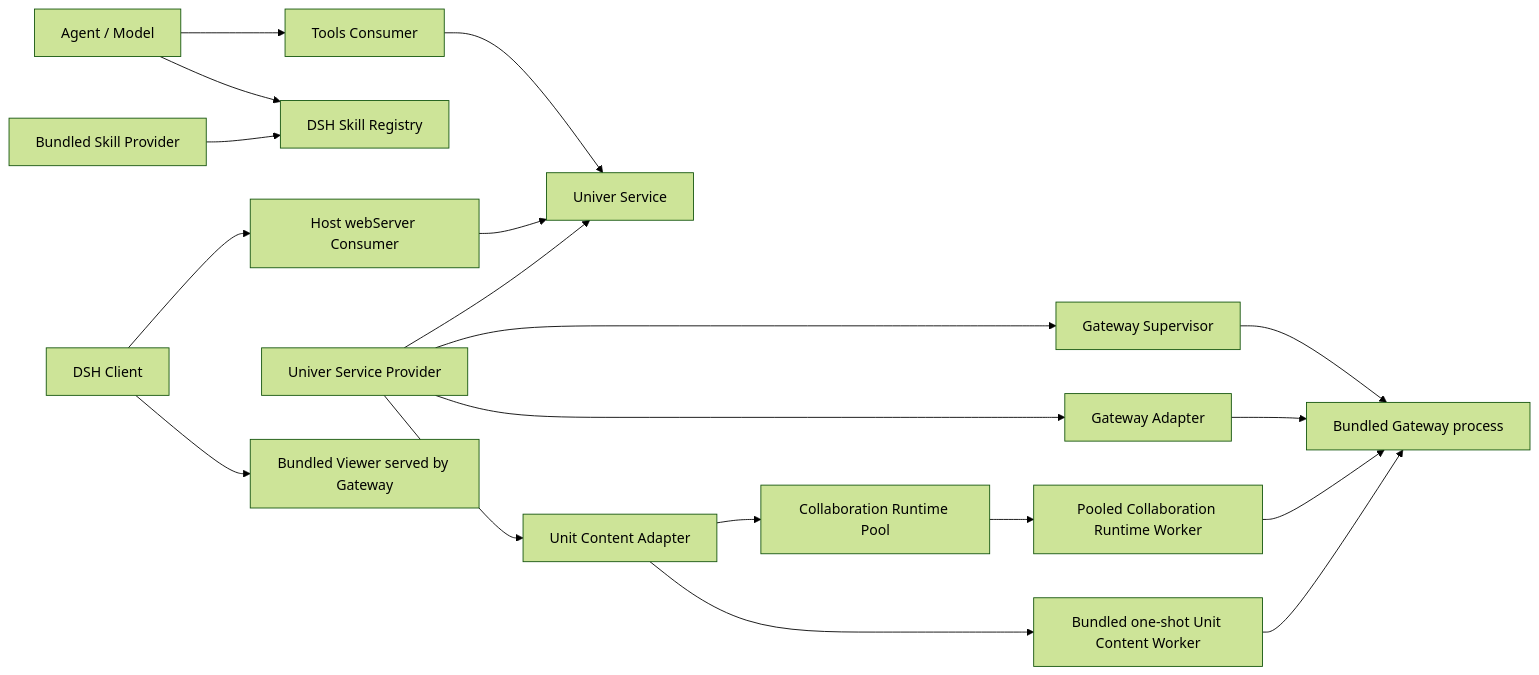
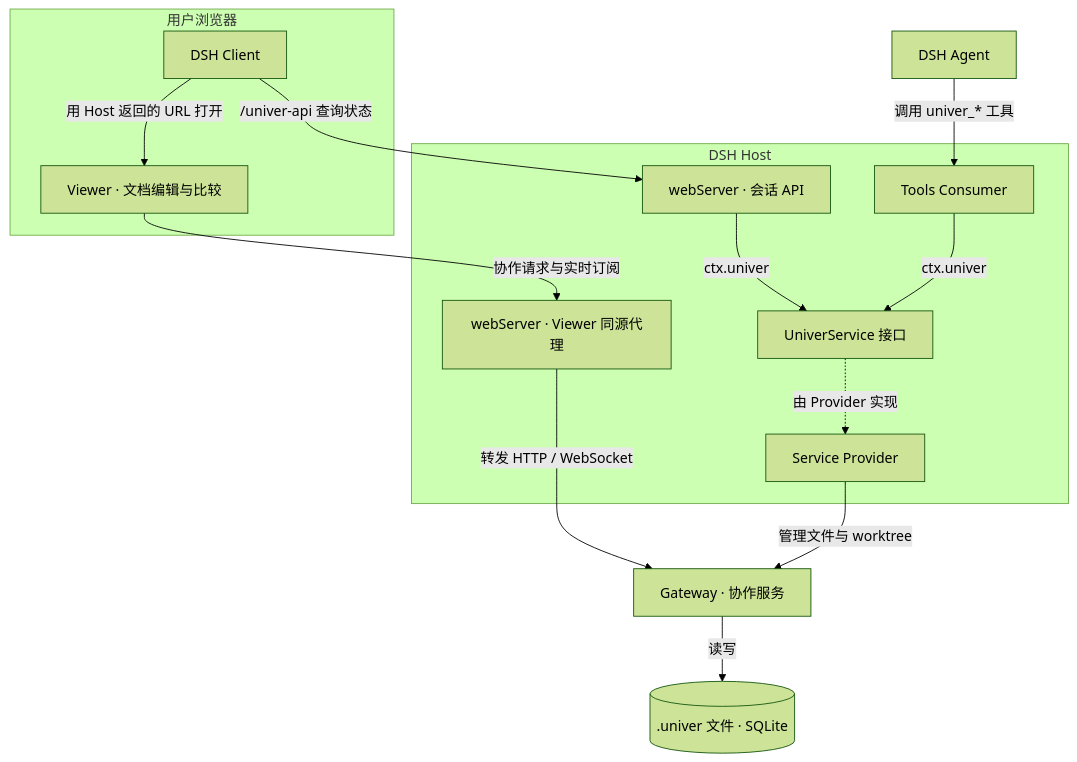
One commit to dream-num/dsh-univer-office changed the first of 2 diagrams in docs/architecture.md. Above: the diagram before and after it, drawn with Mermaid (forest theme). The commit also changed other lines of this file and 21 other files, not shown here.

Commit message:
fix(viewer): preserve host focus and organize module docs (#168)

````diff
--- a/docs/architecture.md
+++ b/docs/architecture.md
@@ -57,21 +7,18 @@
 ```mermaid
-flowchart LR
-    Model["Agent / Model"] --> Tools["Tools Consumer"]
-    Model --> SkillRegistry["DSH Skill Registry"]
-    Skills["Bundled Skill Provider"] --> SkillRegistry
-    Browser["DSH Client"] --> WebServer["Host webServer Consumer"]
-    Tools --> Service["Univer Service"]
-    WebServer --> Service
-    Provider["Univer Service Provider"] --> Service
-    Provider --> GatewayAdapter["Gateway Adapter"]
-    Provider --> UnitContentAdapter["Unit Content Adapter"]
-    Provider --> GatewaySupervisor["Gateway Supervisor"]
-    GatewaySupervisor --> Gateway["Bundled Gateway process"]
-    GatewayAdapter --> Gateway
-    UnitContentAdapter --> RuntimePool["Collaboration Runtime Pool"]
-    RuntimePool --> RuntimeWorker["Pooled Collaboration Runtime Worker"]
-    RuntimeWorker --> Gateway
-    UnitContentAdapter --> Worker["Bundled one-shot Unit Content Worker"]
-    Worker --> Gateway
-    Browser --> Viewer["Bundled Viewer served by Gateway"]
+flowchart TB
+    Model["DSH Agent"] -->|调用 univer_* 工具| Tools
+    subgraph Browser["用户浏览器"]
+        Client["DSH Client"] -->|用 Host 返回的 URL 打开| Viewer["Viewer · 文档编辑与比较"]
+    end
+    subgraph Host["DSH Host"]
+        Tools["Tools Consumer"] -->|ctx.univer| Service["UniverService 接口"]
+        API["webServer · 会话 API"] -->|ctx.univer| Service
+        Service -.->|由 Provider 实现| Provider["Service Provider"]
+        Proxy["webServer · Viewer 同源代理"]
+    end
+    Client -->|/univer-api 查询状态| API
+    Viewer -->|协作请求与实时订阅| Proxy
+    Proxy -->|转发 HTTP / WebSocket| Gateway["Gateway · 协作服务"]
+    Provider -->|管理文件与 worktree| Gateway
+    Gateway -->|读写| File[(".univer 文件 · SQLite")]
 ```
````
